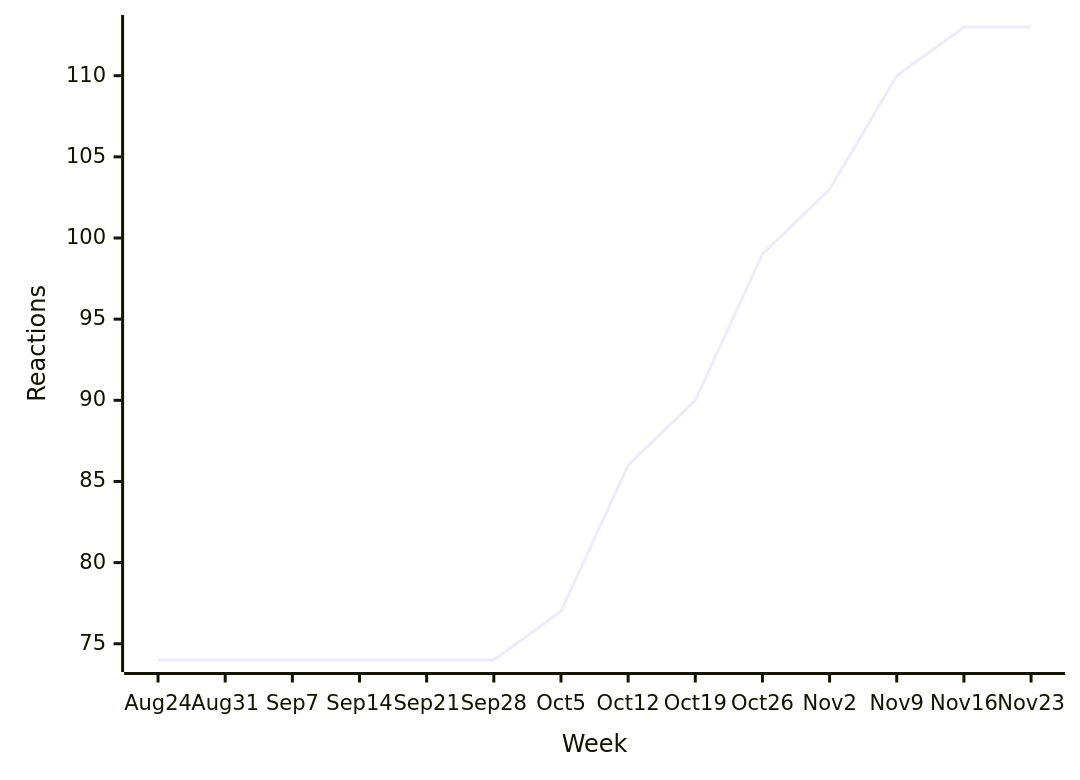
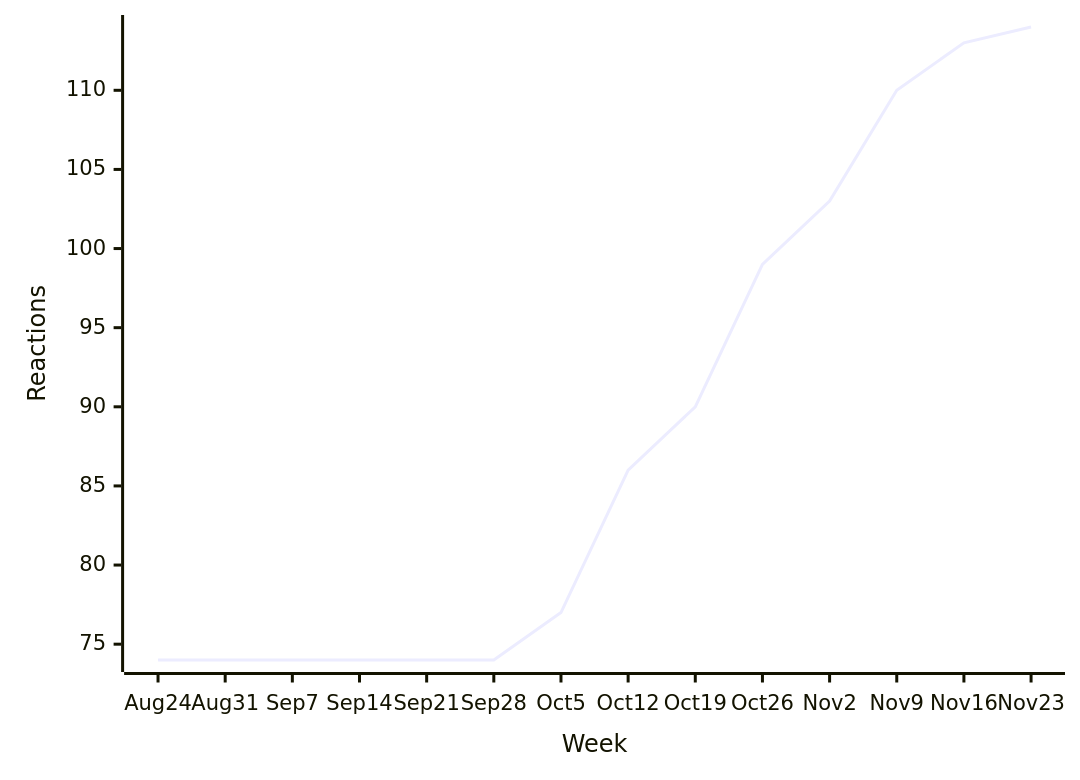
One commit to loic-sharma/github-insights changed the first of 31 diagrams in README.md. Above: the diagram before and after it, drawn with Mermaid. The commit also changed other lines of this file and 3 other files, not shown here.

````diff
--- a/README.md
+++ b/README.md
@@ -324,6 +324,6 @@
   ```mermaid
   xychart-beta
     x-axis "Week" [Aug 24, Aug 31, Sep 7, Sep 14, Sep 21, Sep 28, Oct 5, Oct 12, Oct 19, Oct 26, Nov 2, Nov 9, Nov 16, Nov 23]
     y-axis "Reactions"
-    line [74, 74, 74, 74, 74, 74, 77, 86, 90, 99, 103, 110, 113, 113]
+    line [74, 74, 74, 74, 74, 74, 77, 86, 90, 99, 103, 110, 113, 114]
   ```
````
